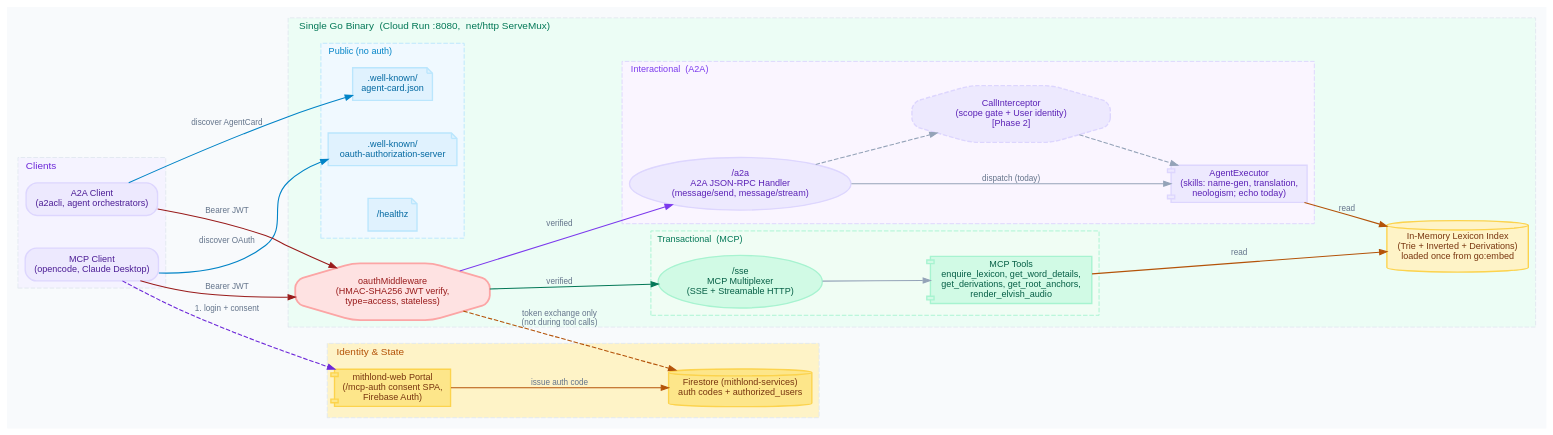
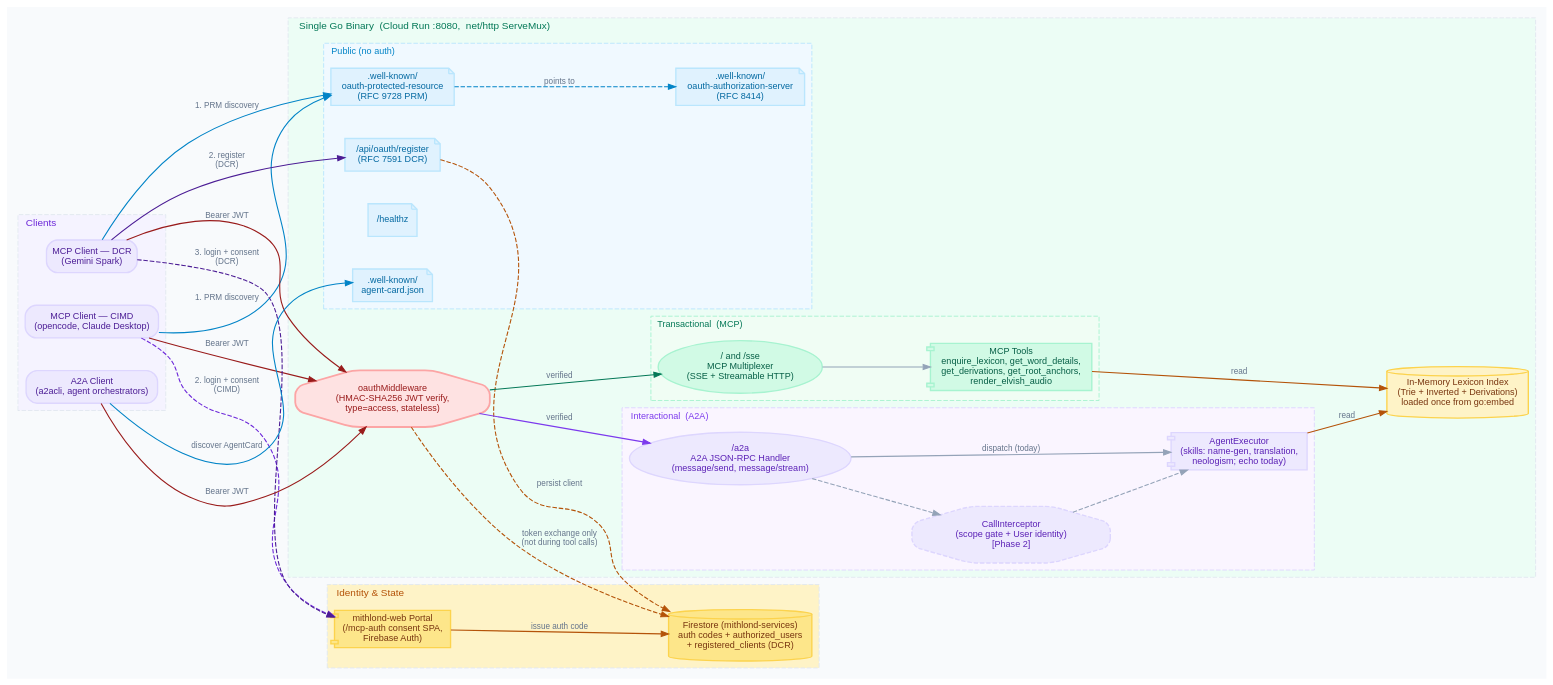
One commit to ghchinoy/eldamoapi changed the diagram in docs/dual-protocol-architecture.dot. Above: the diagram before and after it, drawn with Graphviz. The commit also changed 7 other files, not shown here.

```diff
--- a/docs/dual-protocol-architecture.dot
+++ b/docs/dual-protocol-architecture.dot
@@ -1,145 +1,154 @@
 digraph DualProtocol {
     fontname="Outfit,sans-serif";
     fontsize=12;
     rankdir=LR;
     nodesep=0.5;
     ranksep=0.9;
     bgcolor="#F8FAFC";
     splines=true;
     overlap=false;
 
     node [
         fontname="Outfit,sans-serif";
         fontsize=10;
         shape=box;
         style="filled,rounded";
         fillcolor="#FFFFFF";
         fontcolor="#0F172A";
         color="#CBD5E1";
         penwidth=1.5;
     ];
 
     edge [
         fontname="Outfit,sans-serif";
         fontsize=9;
         fontcolor="#64748B";
         color="#94A3B8";
         arrowsize=0.8;
         penwidth=1.2;
     ];
 
     // -------- Clients --------
     subgraph cluster_clients {
         label="Clients";
         labeljust="l";
         fontcolor="#6D28D9";
         fontsize=11;
         color="#E2E8F0";
         style="filled,dashed";
         fillcolor="#F5F3FF";
 
-        mcp_client [label="MCP Client\n(opencode, Claude Desktop)", shape=actor, fillcolor="#EDE9FE", color="#DDD6FE", fontcolor="#4C1D95"];
-        a2a_client [label="A2A Client\n(a2acli, agent orchestrators)", shape=actor, fillcolor="#EDE9FE", color="#DDD6FE", fontcolor="#4C1D95"];
+        mcp_client [label="MCP Client — CIMD\n(opencode, Claude Desktop)", shape=box, fillcolor="#EDE9FE", color="#DDD6FE", fontcolor="#4C1D95"];
+        spark_client [label="MCP Client — DCR\n(Gemini Spark)", shape=box, fillcolor="#EDE9FE", color="#DDD6FE", fontcolor="#4C1D95"];
+        a2a_client [label="A2A Client\n(a2acli, agent orchestrators)", shape=box, fillcolor="#EDE9FE", color="#DDD6FE", fontcolor="#4C1D95"];
     }
 
     // -------- Single Cloud Run binary --------
     subgraph cluster_server {
         label="Single Go Binary  (Cloud Run :8080,  net/http ServeMux)";
         labeljust="l";
         fontcolor="#047857";
         fontsize=11;
         color="#E2E8F0";
         style="filled,dashed";
         fillcolor="#ECFDF5";
 
         // Public, unauthenticated discovery
         subgraph cluster_public {
             label="Public (no auth)";
             labeljust="l";
             fontcolor="#0284C7";
             fontsize=10;
             color="#BAE6FD";
             style="filled,dashed";
             fillcolor="#F0F9FF";
 
-            wk_oauth [label=".well-known/\noauth-authorization-server", shape=note, fillcolor="#E0F2FE", color="#BAE6FD", fontcolor="#0369A1"];
+            wk_prm [label=".well-known/\noauth-protected-resource\n(RFC 9728 PRM)", shape=note, fillcolor="#E0F2FE", color="#BAE6FD", fontcolor="#0369A1"];
+            wk_oauth [label=".well-known/\noauth-authorization-server\n(RFC 8414)", shape=note, fillcolor="#E0F2FE", color="#BAE6FD", fontcolor="#0369A1"];
             wk_card [label=".well-known/\nagent-card.json", shape=note, fillcolor="#E0F2FE", color="#BAE6FD", fontcolor="#0369A1"];
             healthz [label="/healthz", shape=note, fillcolor="#E0F2FE", color="#BAE6FD", fontcolor="#0369A1"];
+            dcr_reg [label="/api/oauth/register\n(RFC 7591 DCR)", shape=note, fillcolor="#E0F2FE", color="#BAE6FD", fontcolor="#0369A1"];
         }
 
         // The shared security gate
         auth_mw [label="oauthMiddleware\n(HMAC-SHA256 JWT verify,\ntype=access, stateless)", shape=octagon, fillcolor="#FEE2E2", color="#FCA5A5", fontcolor="#991B1B", penwidth=2.0];
 
         // Transactional protocol surface
         subgraph cluster_mcp {
             label="Transactional  (MCP)";
             labeljust="l";
             fontcolor="#047857";
             fontsize=10;
             color="#A7F3D0";
             style="filled,dashed";
             fillcolor="#F0FDF4";
 
-            mcp_mux [label="/sse\nMCP Multiplexer\n(SSE + Streamable HTTP)", shape=ellipse, fillcolor="#D1FAE5", color="#A7F3D0", fontcolor="#065F46"];
+            mcp_mux [label="/ and /sse\nMCP Multiplexer\n(SSE + Streamable HTTP)", shape=ellipse, fillcolor="#D1FAE5", color="#A7F3D0", fontcolor="#065F46"];
             mcp_tools [label="MCP Tools\nenquire_lexicon, get_word_details,\nget_derivations, get_root_anchors,\nrender_elvish_audio", shape=component, fillcolor="#D1FAE5", color="#A7F3D0", fontcolor="#065F46"];
         }
 
         // Interactional protocol surface
         subgraph cluster_a2a {
             label="Interactional  (A2A)";
             labeljust="l";
             fontcolor="#7C3AED";
             fontsize=10;
             color="#DDD6FE";
             style="filled,dashed";
             fillcolor="#FAF5FF";
 
             a2a_rpc [label="/a2a\nA2A JSON-RPC Handler\n(message/send, message/stream)", shape=ellipse, fillcolor="#EDE9FE", color="#DDD6FE", fontcolor="#5B21B6"];
             a2a_exec [label="AgentExecutor\n(skills: name-gen, translation,\nneologism; echo today)", shape=component, fillcolor="#EDE9FE", color="#DDD6FE", fontcolor="#5B21B6"];
             a2a_intc [label="CallInterceptor\n(scope gate + User identity)\n[Phase 2]", shape=octagon, fillcolor="#EDE9FE", color="#DDD6FE", fontcolor="#5B21B6", style="filled,rounded,dashed"];
         }
 
         // Shared core
         index [label="In-Memory Lexicon Index\n(Trie + Inverted + Derivations)\nloaded once from go:embed", shape=cylinder, fillcolor="#FEF3C7", color="#FCD34D", fontcolor="#78350F"];
     }
 
     // -------- External identity --------
     subgraph cluster_idp {
         label="Identity & State";
         labeljust="l";
         fontcolor="#B45309";
         fontsize=11;
         color="#E2E8F0";
         style="filled,dashed";
         fillcolor="#FEF3C7";
 
         portal [label="mithlond-web Portal\n(/mcp-auth consent SPA,\nFirebase Auth)", shape=component, fillcolor="#FDE68A", color="#FCD34D", fontcolor="#78350F"];
-        firestore [label="Firestore (mithlond-services)\nauth codes + authorized_users", shape=cylinder, fillcolor="#FDE68A", color="#FCD34D", fontcolor="#78350F"];
+        firestore [label="Firestore (mithlond-services)\nauth codes + authorized_users\n+ registered_clients (DCR)", shape=cylinder, fillcolor="#FDE68A", color="#FCD34D", fontcolor="#78350F"];
     }
 
     // -------- Edges --------
     // Discovery
-    mcp_client -> wk_oauth [label=" discover OAuth", color="#0284C7"];
+    mcp_client -> wk_prm [label=" 1. PRM discovery", color="#0284C7"];
+    wk_prm -> wk_oauth [label=" points to", color="#0284C7", style=dashed];
+    spark_client -> wk_prm [label=" 1. PRM discovery", color="#0284C7"];
+    spark_client -> dcr_reg [label=" 2. register\n(DCR)", color="#4C1D95"];
+    dcr_reg -> firestore [label=" persist client", color="#B45309", style=dashed];
     a2a_client -> wk_card [label=" discover AgentCard", color="#0284C7"];
 
     // Auth flow
-    mcp_client -> portal [label=" 1. login + consent", color="#6D28D9", style=dashed];
+    mcp_client -> portal [label=" 2. login + consent\n(CIMD)", color="#6D28D9", style=dashed];
+    spark_client -> portal [label=" 3. login + consent\n(DCR)", color="#4C1D95", style=dashed];
     portal -> firestore [label=" issue auth code", color="#B45309"];
     auth_mw -> firestore [label=" token exchange only\n(not during tool calls)", color="#B45309", style=dashed];
 
     // Authenticated protocol traffic (both through the same gate)
     mcp_client -> auth_mw [label=" Bearer JWT", color="#991B1B"];
+    spark_client -> auth_mw [label=" Bearer JWT", color="#991B1B"];
     a2a_client -> auth_mw [label=" Bearer JWT", color="#991B1B"];
 
     auth_mw -> mcp_mux [label=" verified", color="#047857"];
     auth_mw -> a2a_rpc [label=" verified", color="#7C3AED"];
 
     mcp_mux -> mcp_tools;
     a2a_rpc -> a2a_intc [style=dashed];
     a2a_intc -> a2a_exec [style=dashed];
     a2a_rpc -> a2a_exec [label=" dispatch (today)"];
 
     // Shared core
     mcp_tools -> index [label=" read", color="#B45309"];
     a2a_exec -> index [label=" read", color="#B45309"];
 }
```
